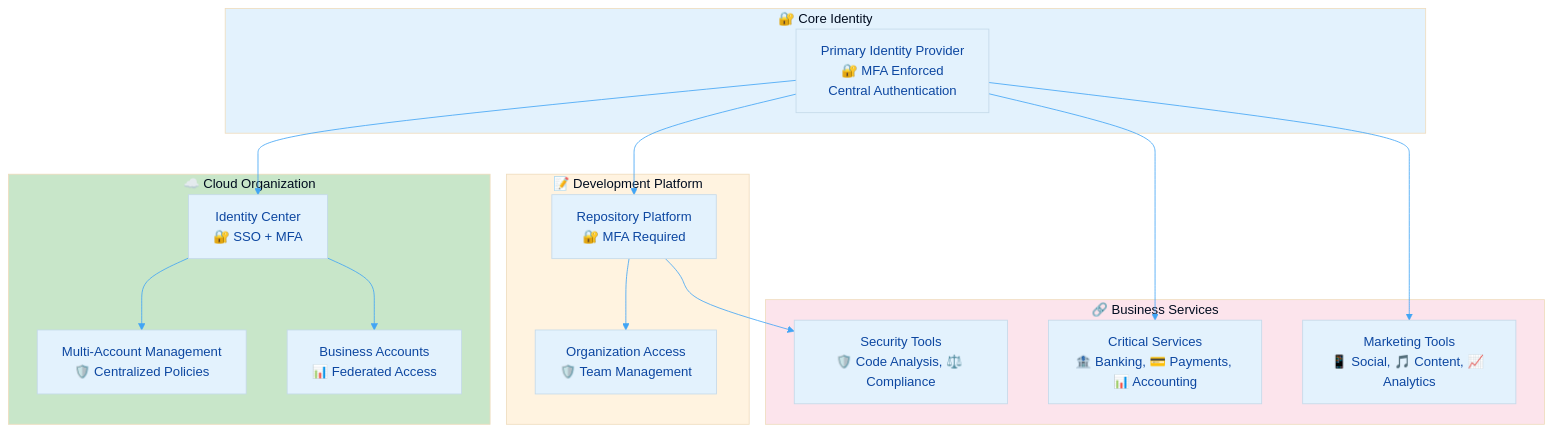
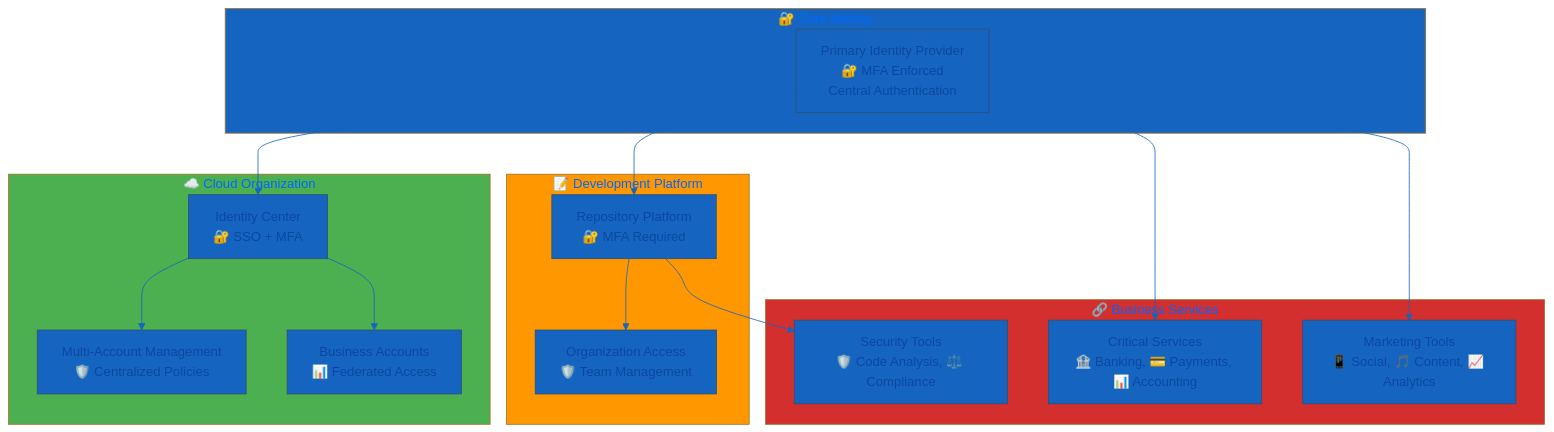
Before and after one commit to Hack23/ISMS-PUBLIC: the first of 4 diagrams in Access_Control_Policy.md, drawn with Mermaid. The commit also changed other lines of this file, not shown here.

````diff
--- a/Access_Control_Policy.md
+++ b/Access_Control_Policy.md
@@ -38,50 +38,50 @@
 ```mermaid
 %%{
   init: {
     'theme': 'base',
     'themeVariables': {
-      'primaryColor': '#e3f2fd',
+      'primaryColor': '#1565C0',
       'primaryTextColor': '#0d47a1',
-      'lineColor': '#42a5f5',
-      'secondaryColor': '#c8e6c9',
-      'tertiaryColor': '#fff3e0'
+      'lineColor': '#1565C0',
+      'secondaryColor': '#4CAF50',
+      'tertiaryColor': '#FF9800'
     }
   }
 }%%
 flowchart TD
     subgraph Core["🔐 Core Identity"]
         PRIMARY[Primary Identity Provider<br/>🔐 MFA Enforced<br/>Central Authentication]
     end
     
     subgraph CloudOrg["☁️ Cloud Organization"]
         IDC[Identity Center<br/>🔐 SSO + MFA]
         MGMT[Multi-Account Management<br/>🛡️ Centralized Policies]
         ACCTS[Business Accounts<br/>📊 Federated Access]
     end
     
     subgraph DevOps["📝 Development Platform"]
         REPO[Repository Platform<br/>🔐 MFA Required]
         ORG[Organization Access<br/>🛡️ Team Management]
     end
     
     subgraph Business["🔗 Business Services"]
         CRITICAL[Critical Services<br/>🏦 Banking, 💳 Payments, 📊 Accounting]
         MARKETING[Marketing Tools<br/>📱 Social, 🎵 Content, 📈 Analytics]
         SECURITY[Security Tools<br/>🛡️ Code Analysis, ⚖️ Compliance]
     end
     
     PRIMARY --> IDC
     PRIMARY --> REPO
     PRIMARY --> CRITICAL
     PRIMARY --> MARKETING
     
     IDC --> MGMT
     IDC --> ACCTS
     REPO --> ORG
     REPO --> SECURITY
     
-    style Core fill:#e3f2fd
-    style CloudOrg fill:#c8e6c9
-    style DevOps fill:#fff3e0
-    style Business fill:#fce4ec
+    style Core fill:#1565C0
+    style CloudOrg fill:#4CAF50
+    style DevOps fill:#FF9800
+    style Business fill:#D32F2F
 ```
````
